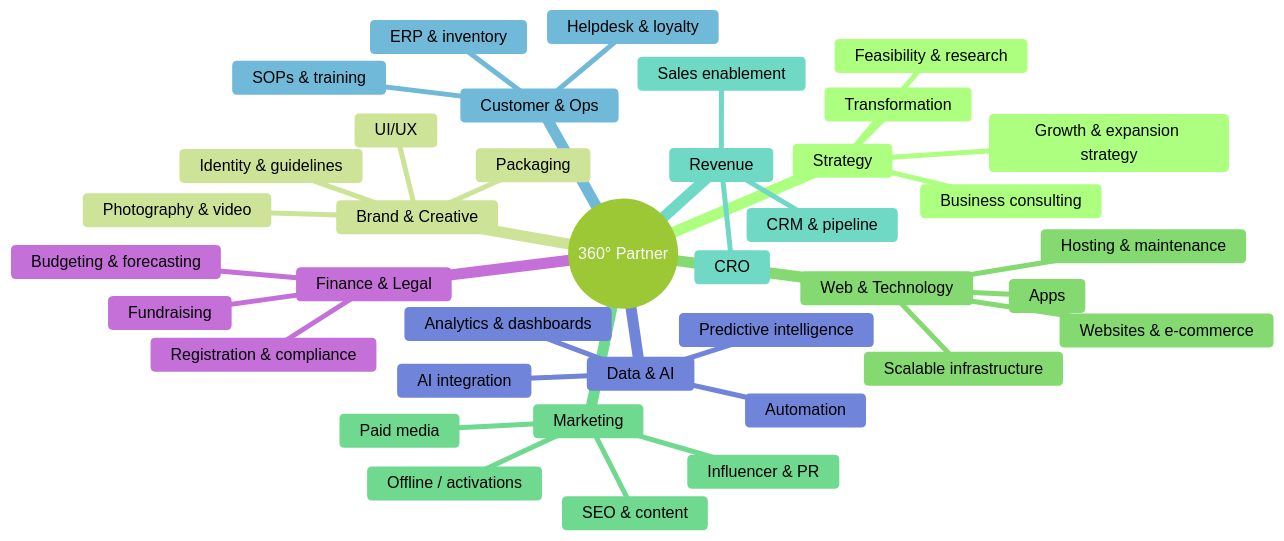
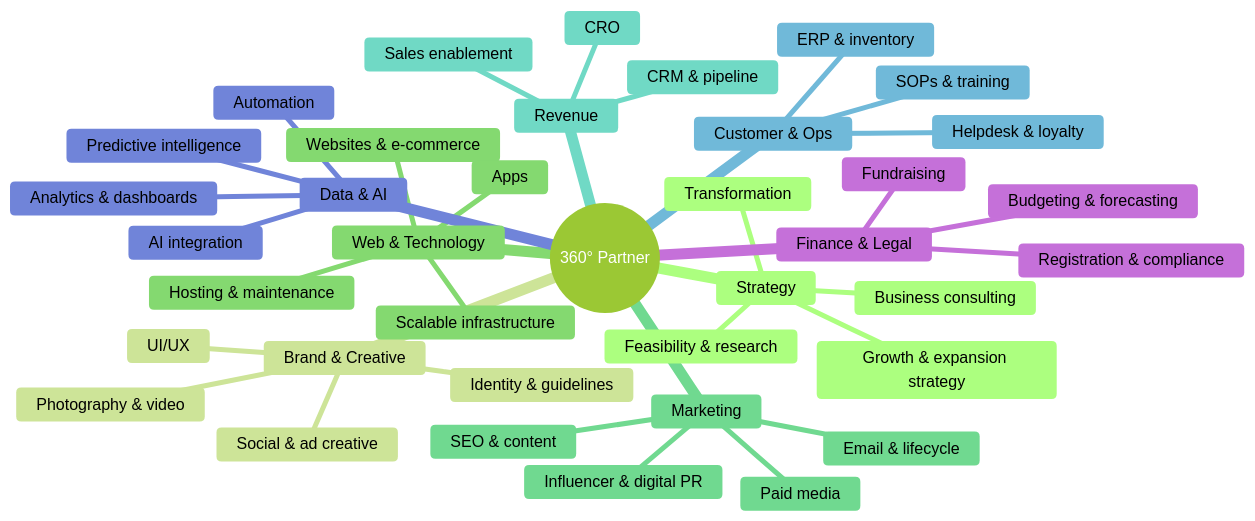
The fifth of 6 diagrams in 360-growth-framework/03-business-ecosystem.md (atikurrahman136859-sys/kiro), drawn with Mermaid (forest theme) before and after one commit. The commit also changed other lines of this file and 14 other files, not shown here.

````diff
--- a/360-growth-framework/03-business-ecosystem.md
+++ b/360-growth-framework/03-business-ecosystem.md
@@ -150,41 +155,41 @@
 ```mermaid
 mindmap
   root((360° Partner))
     Strategy
       Business consulting
       Feasibility & research
       Growth & expansion strategy
       Transformation
     Brand & Creative
       Identity & guidelines
-      Packaging
+      Social & ad creative
       Photography & video
       UI/UX
     Web & Technology
       Websites & e-commerce
       Apps
       Hosting & maintenance
       Scalable infrastructure
     Marketing
       SEO & content
       Paid media
-      Influencer & PR
-      Offline / activations
+      Influencer & digital PR
+      Email & lifecycle
     Revenue
       Sales enablement
       CRM & pipeline
       CRO
     Customer & Ops
       Helpdesk & loyalty
       ERP & inventory
       SOPs & training
     Data & AI
       Analytics & dashboards
       Predictive intelligence
       Automation
       AI integration
     Finance & Legal
       Registration & compliance
       Budgeting & forecasting
       Fundraising
 ```
````
